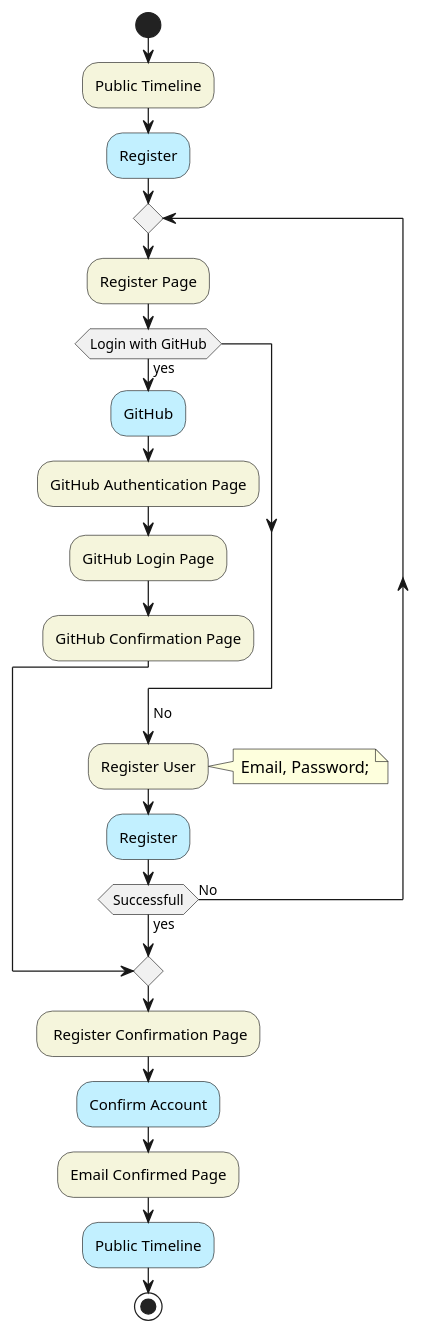
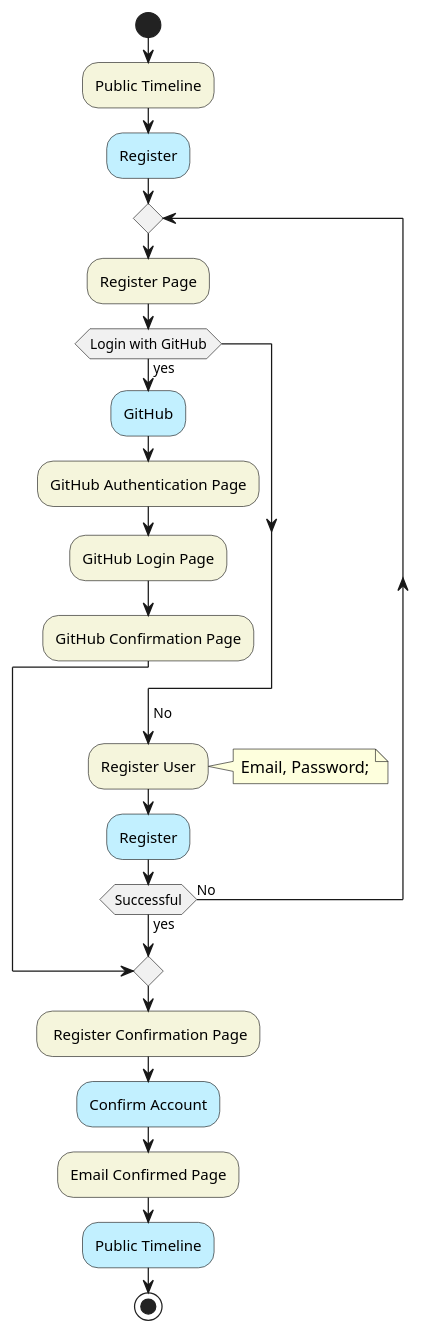
Before and after one commit to ITU-BDSA23-GROUP1/Chirp: the diagram in docs/diagrams/Register.plantuml, drawn with PlantUML. The commit also changed 6 other files, not shown here.

Commit message:
Update name for diagram

```diff
--- a/docs/diagrams/Register.plantuml
+++ b/docs/diagrams/Register.plantuml
@@ -1,24 +1,24 @@
 @startuml Register
 start
 #Beige:Public Timeline;
 #APPLICATION:Register;
 repeat
     #Beige:Register Page;
         if (Login with GitHub) then (yes)
         #APPLICATION:GitHub;
         #Beige:GitHub Authentication Page;
         #Beige:GitHub Login Page;
         #Beige:GitHub Confirmation Page;
         break
     endif
     -> No;
     #Beige:Register User;
     note right: Email, Password;
     #APPLICATION:Register;
-repeat while (Successfull) is (No) not (yes)
+repeat while (Successful) is (No) not (yes)
     #Beige: Register Confirmation Page;
     #APPLICATION:Confirm Account;
     #Beige:Email Confirmed Page;
     #APPLICATION:Public Timeline;
 stop
 @enduml
```
